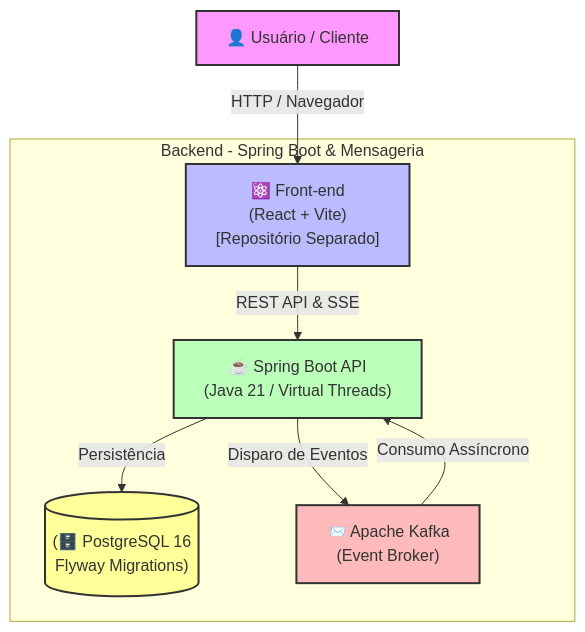
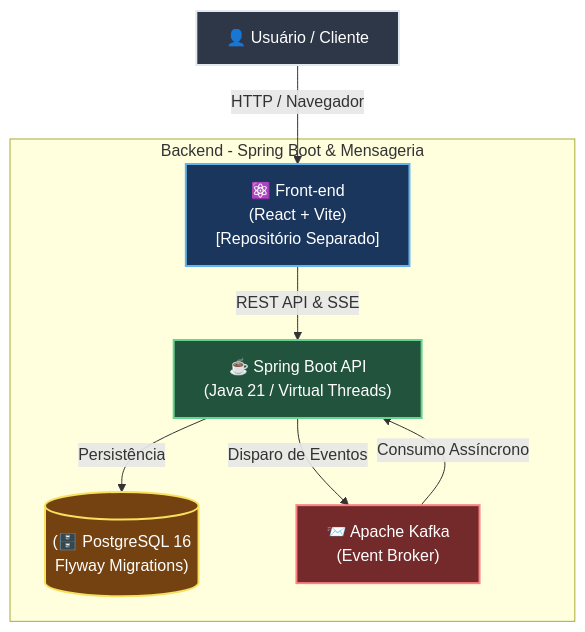
Before and after one commit to LeonardoEnnes/fitstream-api: the diagram in README.md, drawn with Mermaid.

````diff
--- a/README.md
+++ b/README.md
@@ -47,18 +47,18 @@
 ```mermaid
 graph TD
     User["👤 Usuário / Cliente"] -->|HTTP / Navegador| FE["⚛️ Front-end\n(React + Vite)\n[Repositório Separado]"]
 
     subgraph "Backend - Spring Boot & Mensageria"
         FE -->|REST API & SSE| BE["☕ Spring Boot API\n(Java 21 / Virtual Threads)"]
         BE -->|Persistência| DB[("(🗄️ PostgreSQL 16\nFlyway Migrations)")]
         BE -->|Disparo de Eventos| KF["📨 Apache Kafka\n(Event Broker)"]
         KF -->|Consumo Assíncrono| BE
     end
 
-    style User fill:#f9f,stroke:#333,stroke-width:2px
-    style FE fill:#bbf,stroke:#333,stroke-width:2px
-    style BE fill:#bfb,stroke:#333,stroke-width:2px
-    style DB fill:#ff9,stroke:#333,stroke-width:2px
-    style KF fill:#fbb,stroke:#333,stroke-width:2px
+    style User fill:#2D3748,stroke:#E2E8F0,stroke-width:2px,color:#FFFFFF
+    style FE fill:#1A365D,stroke:#63B3ED,stroke-width:2px,color:#FFFFFF
+    style BE fill:#22543D,stroke:#68D391,stroke-width:2px,color:#FFFFFF
+    style DB fill:#744210,stroke:#F6E05E,stroke-width:2px,color:#FFFFFF
+    style KF fill:#742A2A,stroke:#FC8181,stroke-width:2px,color:#FFFFFF
 
 ```
````
